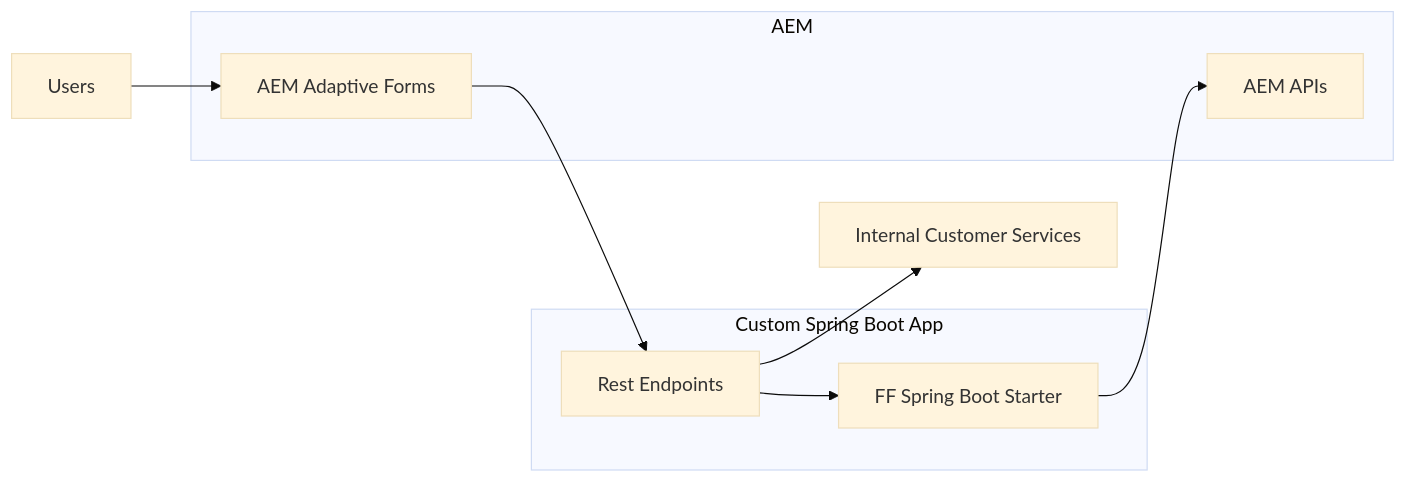
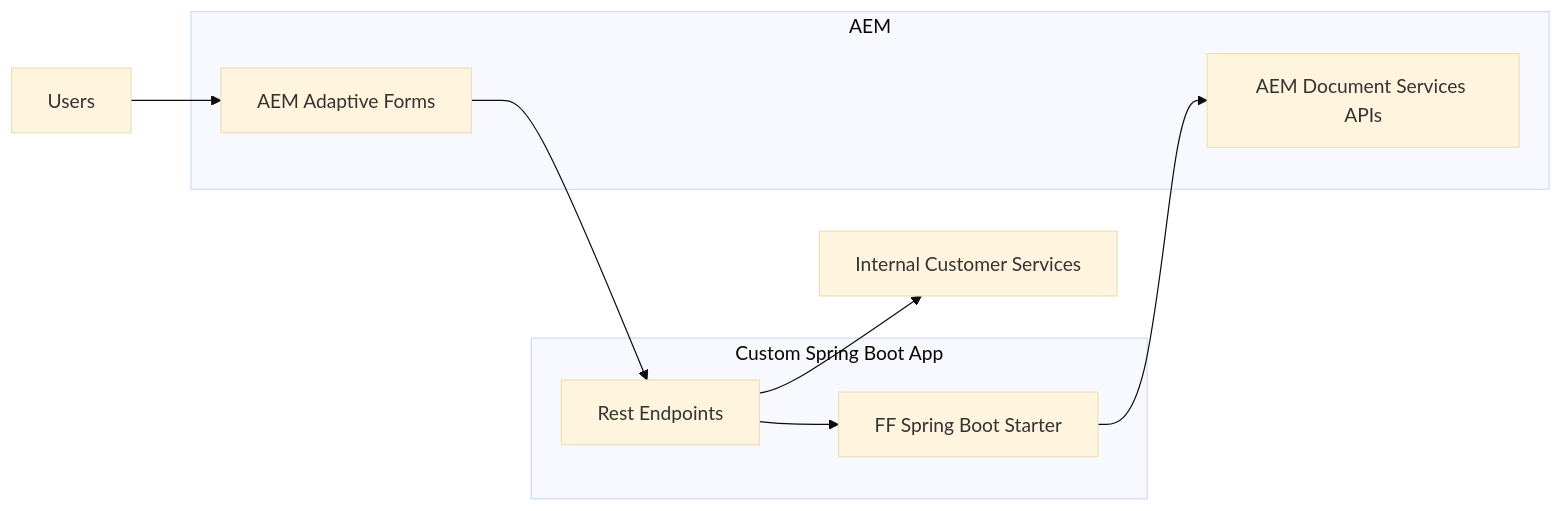
The third of 4 diagrams in Architecture.md (4PointSolutions/FluentFormsAPI), drawn with Mermaid (base theme) before and after one commit. The commit also changed other lines of this file, not shown here.

Commit message:
Trivial - updated name "AEM APIs" to be "AEM Document Services APIs"

````diff
--- a/Architecture.md
+++ b/Architecture.md
@@ -34,14 +34,14 @@
 ```mermaid
 graph LR
     A[Users]-->AAF
     subgraph sb[Custom Spring Boot App]
     RE[Rest Endpoints]-->SBS[FF Spring Boot Starter]
     end
     subgraph aem[AEM]
     AAF[AEM Adaptive Forms]
-    AA[AEM APIs]
+    AA[AEM Document Services APIs]
     end
     AAF-->RE
     SBS-->AA
     RE-->ics[Internal Customer Services]
 ```
````
